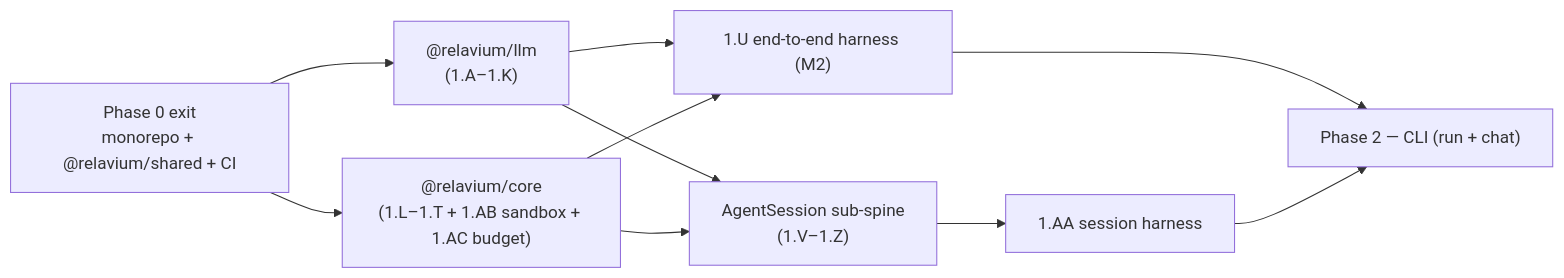
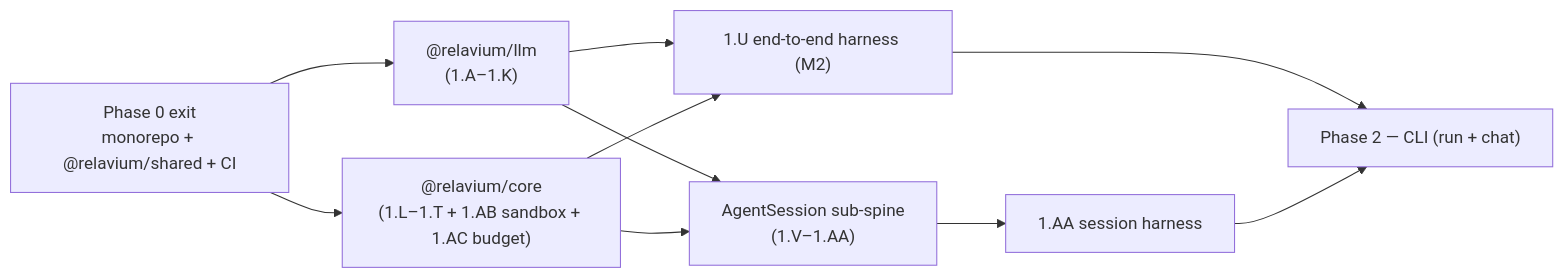
One commit to HodeTech/Relavium changed the second of 2 diagrams in docs/roadmap/phases/phase-1-engine-and-llm.md. Above: the diagram before and after it, drawn with Mermaid. The commit also changed other lines of this file and 8 other files, not shown here.

````diff
--- a/docs/roadmap/phases/phase-1-engine-and-llm.md
+++ b/docs/roadmap/phases/phase-1-engine-and-llm.md
@@ -621,12 +688,12 @@
 ```mermaid
 flowchart LR
     P0["Phase 0 exit<br/>monorepo + @relavium/shared + CI"] --> LLM["@relavium/llm<br/>(1.A–1.K)"]
     P0 --> CORE["@relavium/core<br/>(1.L–1.T + 1.AB sandbox + 1.AC budget)"]
     LLM --> U["1.U end-to-end harness (M2)"]
     CORE --> U
-    LLM --> SUB["AgentSession sub-spine<br/>(1.V–1.Z)"]
+    LLM --> SUB["AgentSession sub-spine<br/>(1.V–1.AA)"]
     CORE --> SUB
     SUB --> SUBH["1.AA session harness"]
     U --> P2["Phase 2 — CLI (run + chat)"]
     SUBH --> P2
 ```
````
